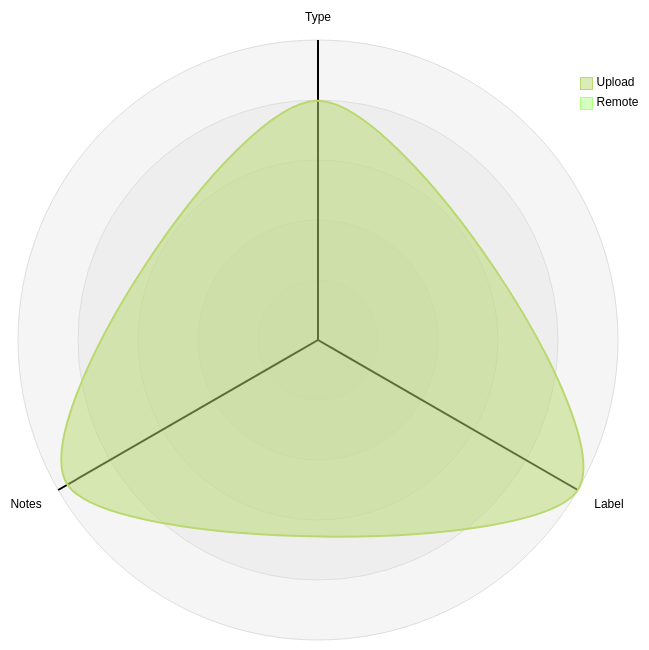
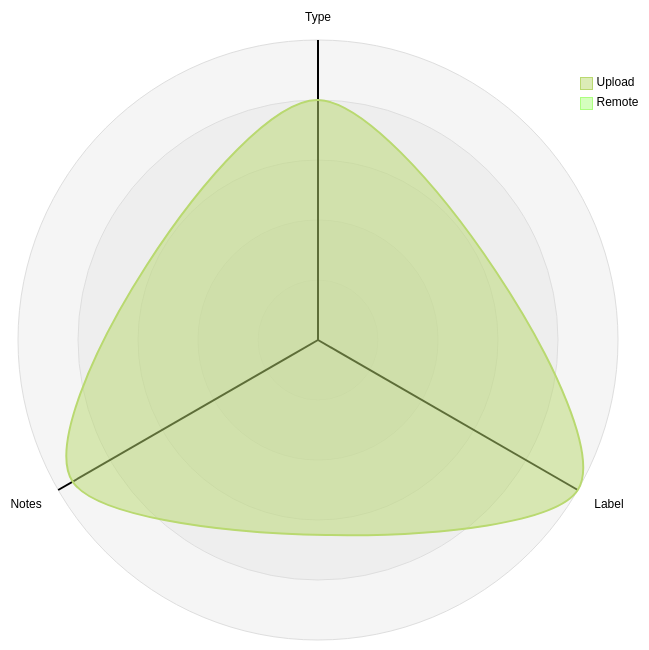
One commit to open-data/analytics-corporate-reporting changed the third of 5 diagrams in datastore_tracker/README.md. Above: the diagram before and after it, drawn with Mermaid (forest theme). The commit also changed 8 other files, not shown here.

````diff
--- a/datastore_tracker/README.md
+++ b/datastore_tracker/README.md
@@ -106,12 +106,12 @@
 ```mermaid
 radar-beta
   axis T["Type"], L["Label"], N["Notes"]
-  curve u["Upload"]{0.00067, 0.00084, 0.00081}
+  curve u["Upload"]{0.00072, 0.0009, 0.00085}
   curve r["Remote"]{0, 0, 0}
 
   showLegend true
 
   min 0
   graticule circle
   ticks 5
 ```
````
